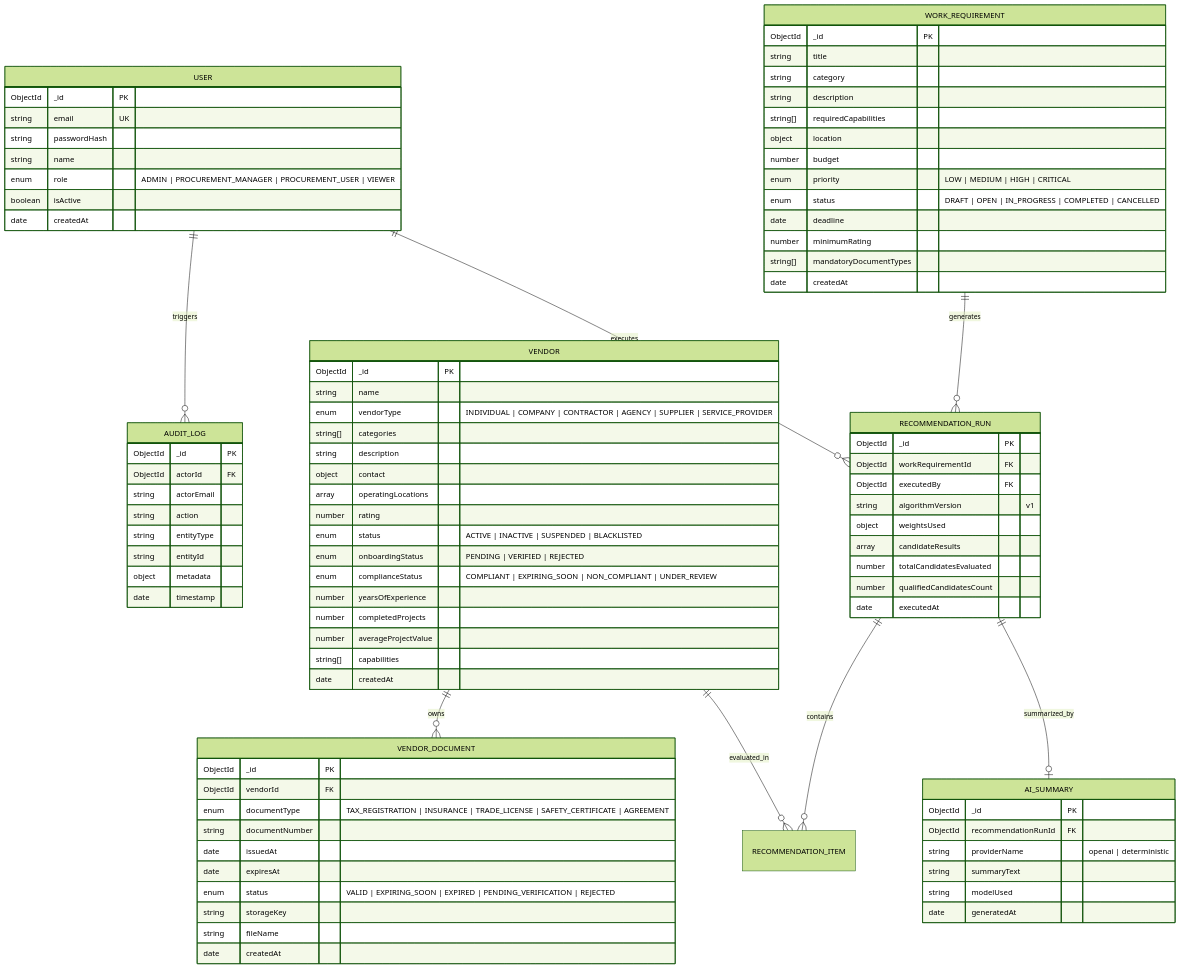
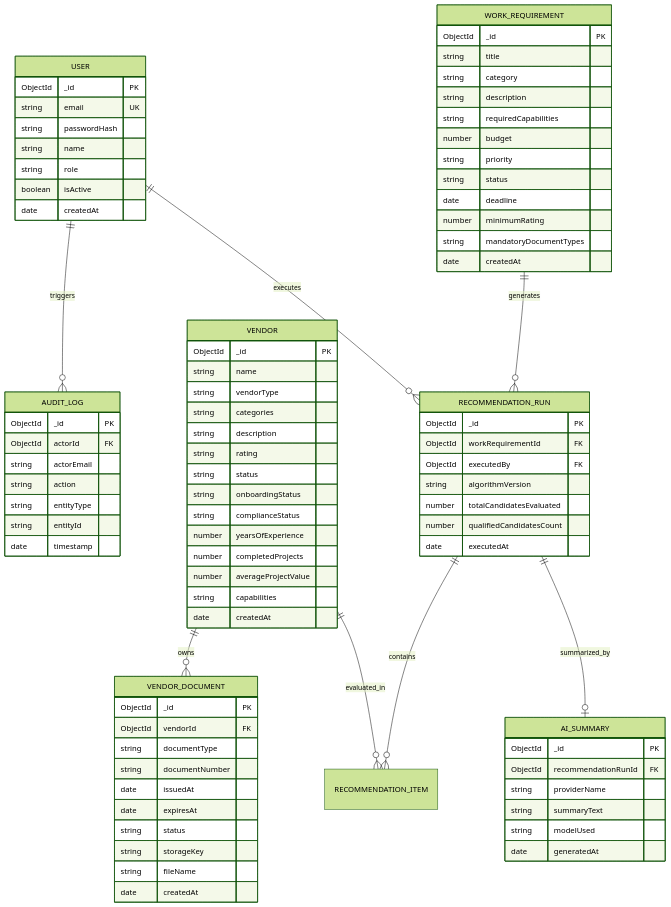
The second of 4 diagrams in README.md (neelmani15/Vendor_Management_System), drawn with Mermaid (forest theme) before and after one commit. The commit also changed other lines of this file, not shown here.

Commit message:
Fix Mermaid diagram syntax for GitHub markdown renderer

````diff
--- a/README.md
+++ b/README.md
@@ -115,7 +115,7 @@
         string email UK
         string passwordHash
         string name
-        enum role "ADMIN | PROCUREMENT_MANAGER | PROCUREMENT_USER | VIEWER"
+        string role
         boolean isActive
         date createdAt
     }
@@ -123,30 +123,28 @@
     VENDOR {
         ObjectId _id PK
         string name
-        enum vendorType "INDIVIDUAL | COMPANY | CONTRACTOR | AGENCY | SUPPLIER | SERVICE_PROVIDER"
-        string[] categories
+        string vendorType
+        string categories
         string description
-        object contact
-        array operatingLocations
-        number rating
-        enum status "ACTIVE | INACTIVE | SUSPENDED | BLACKLISTED"
-        enum onboardingStatus "PENDING | VERIFIED | REJECTED"
-        enum complianceStatus "COMPLIANT | EXPIRING_SOON | NON_COMPLIANT | UNDER_REVIEW"
+        string rating
+        string status
+        string onboardingStatus
+        string complianceStatus
         number yearsOfExperience
         number completedProjects
         number averageProjectValue
-        string[] capabilities
+        string capabilities
         date createdAt
     }
 
     VENDOR_DOCUMENT {
         ObjectId _id PK
         ObjectId vendorId FK
-        enum documentType "TAX_REGISTRATION | INSURANCE | TRADE_LICENSE | SAFETY_CERTIFICATE | AGREEMENT"
+        string documentType
         string documentNumber
         date issuedAt
         date expiresAt
-        enum status "VALID | EXPIRING_SOON | EXPIRED | PENDING_VERIFICATION | REJECTED"
+        string status
         string storageKey
         string fileName
         date createdAt
@@ -157,14 +155,13 @@
         string title
         string category
         string description
-        string[] requiredCapabilities
-        object location
+        string requiredCapabilities
         number budget
-        enum priority "LOW | MEDIUM | HIGH | CRITICAL"
-        enum status "DRAFT | OPEN | IN_PROGRESS | COMPLETED | CANCELLED"
+        string priority
+        string status
         date deadline
         number minimumRating
-        string[] mandatoryDocumentTypes
+        string mandatoryDocumentTypes
         date createdAt
     }
 
@@ -172,9 +169,7 @@
         ObjectId _id PK
         ObjectId workRequirementId FK
         ObjectId executedBy FK
-        string algorithmVersion "v1"
-        object weightsUsed
-        array candidateResults
+        string algorithmVersion
         number totalCandidatesEvaluated
         number qualifiedCandidatesCount
         date executedAt
@@ -183,7 +178,7 @@
     AI_SUMMARY {
         ObjectId _id PK
         ObjectId recommendationRunId FK
-        string providerName "openai | deterministic"
+        string providerName
         string summaryText
         string modelUsed
         date generatedAt
@@ -196,7 +191,6 @@
         string action
         string entityType
         string entityId
-        object metadata
         date timestamp
     }
 ```
````
